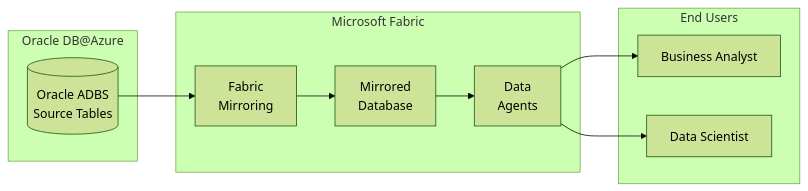
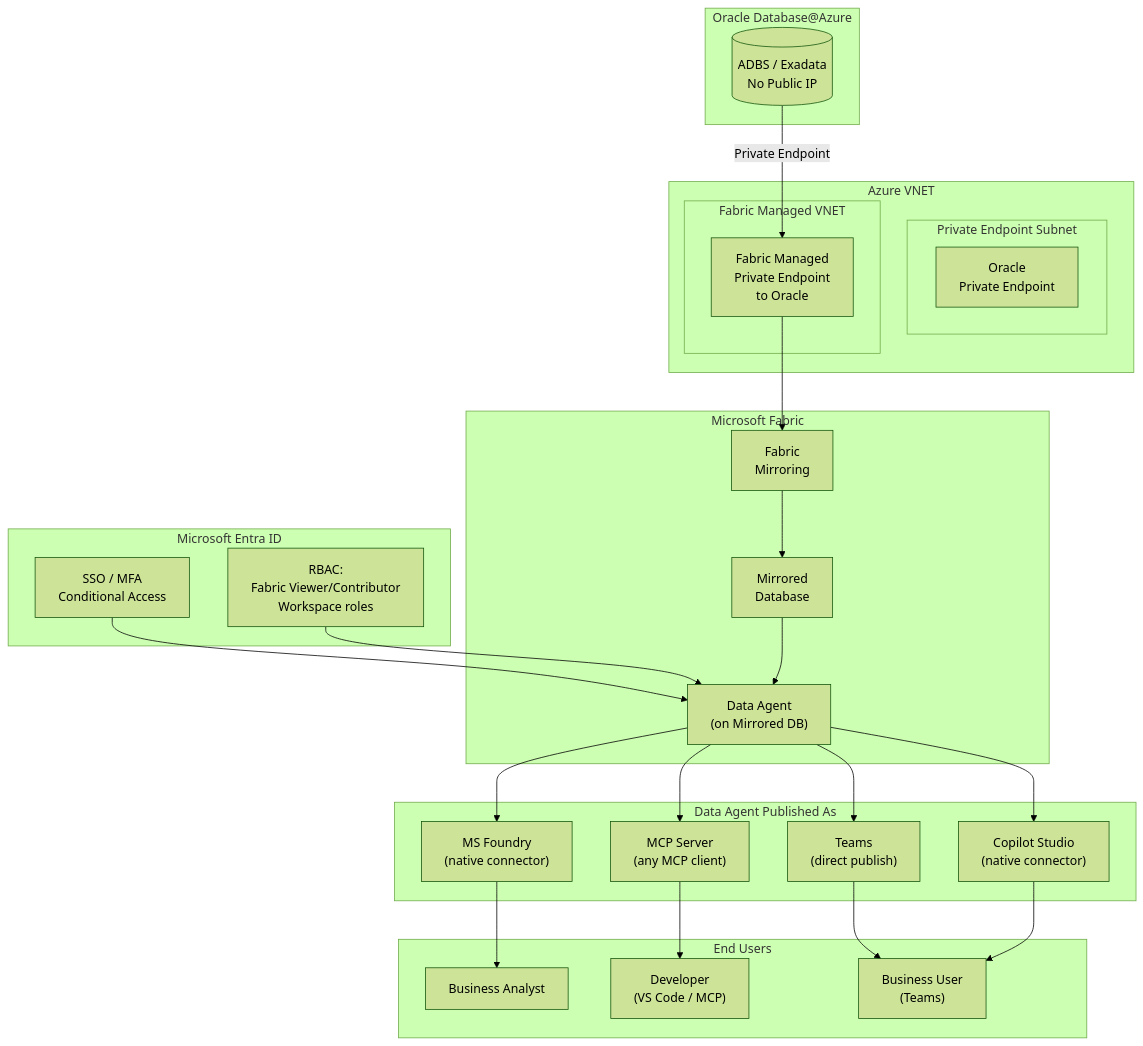
Before and after one commit to ryellajo12/ODAA-AI-Playbook: the sixth of 8 diagrams in docs/02-reference-architectures.md, drawn with Mermaid (forest theme). The commit also changed other lines of this file and 3 other files, not shown here.

First line of the commit message:
Update Category 2: Mirrored DB + Data Agents with Entra ID, private networking, RBAC, publishing options

````diff
--- a/docs/02-reference-architectures.md
+++ b/docs/02-reference-architectures.md
@@ -352,23 +352,54 @@
 ```mermaid
-graph LR
-    subgraph ODA["Oracle DB@Azure"]
-        DB[("Oracle ADBS<br/>Source Tables")]
+graph TB
+    subgraph EntraID["Microsoft Entra ID"]
+        AUTH["SSO / MFA<br/>Conditional Access"]
+        RBAC_E["RBAC:<br/>Fabric Viewer/Contributor<br/>Workspace roles"]
+    end
+
+    subgraph VNET["Azure VNET"]
+        subgraph PESub["Private Endpoint Subnet"]
+            PE_ORA["Oracle<br/>Private Endpoint"]
+        end
+        subgraph FabricSub["Fabric Managed VNET"]
+            FGWY["Fabric Managed<br/>Private Endpoint<br/>to Oracle"]
+        end
+    end
+
+    subgraph ODA["Oracle Database@Azure"]
+        DB[("ADBS / Exadata<br/>No Public IP")]
     end
 
     subgraph Fabric["Microsoft Fabric"]
         MIRROR["Fabric<br/>Mirroring"]
         MDB["Mirrored<br/>Database"]
-        DA["Data<br/>Agents"]
+        DA["Data Agent<br/>(on Mirrored DB)"]
     end
 
-    subgraph Out["End Users"]
-        BA["Business Analyst"]
-        DS["Data Scientist"]
+    subgraph Publish["Data Agent Published As"]
+        MCP_PUB["MCP Server<br/>(any MCP client)"]
+        TEAMS["Teams<br/>(direct publish)"]
+        CS_CONN["Copilot Studio<br/>(native connector)"]
+        FOUNDRY_CONN["MS Foundry<br/>(native connector)"]
     end
 
-    DB --> MIRROR
+    subgraph Users["End Users"]
+        BA["Business Analyst"]
+        DEV["Developer<br/>(VS Code / MCP)"]
+        BU["Business User<br/>(Teams)"]
+    end
+
+    AUTH --> DA
+    RBAC_E --> DA
+    DB -->|Private Endpoint| FGWY
+    FGWY --> MIRROR
     MIRROR --> MDB
     MDB --> DA
-    DA --> BA
-    DA --> DS
+    DA --> MCP_PUB
+    DA --> TEAMS
+    DA --> CS_CONN
+    DA --> FOUNDRY_CONN
+    MCP_PUB --> DEV
+    TEAMS --> BU
+    CS_CONN --> BU
+    FOUNDRY_CONN --> BA
 ```
````
